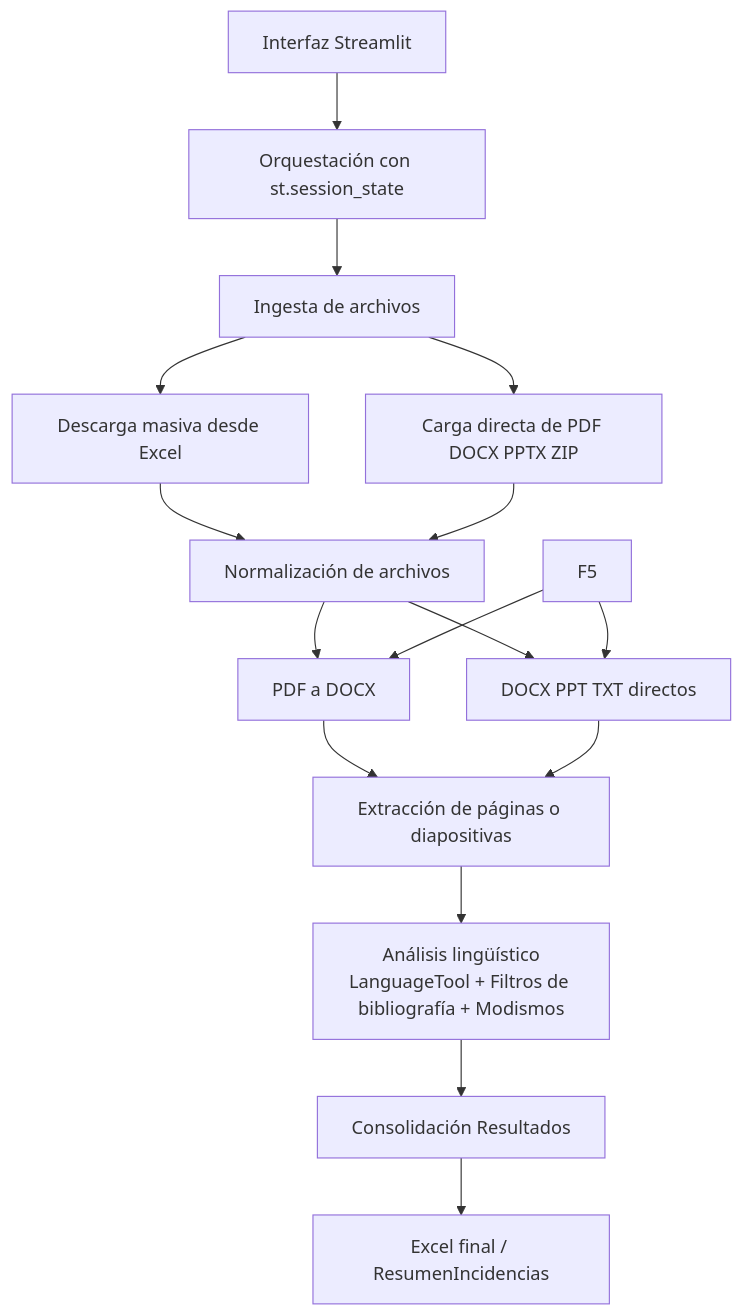
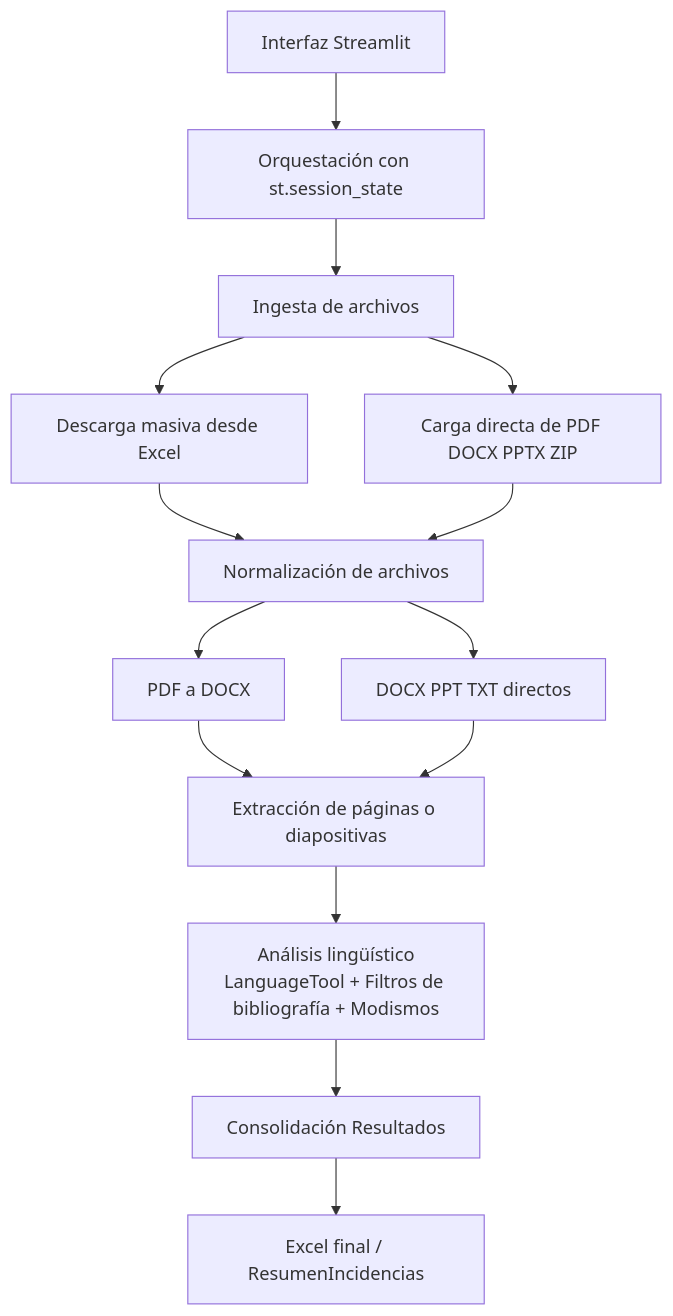
Before and after one commit to joseluisantunezcondezo/UTP_GrammarScan: the diagram in README.md, drawn with Mermaid.

Commit message:
README.md

````diff
--- a/README.md
+++ b/README.md
@@ -140,19 +140,17 @@
 ```mermaid
 flowchart TD
     A[Interfaz Streamlit] --> B[Orquestación con st.session_state]
     B --> C[Ingesta de archivos]
     C --> D1[Descarga masiva desde Excel]
     C --> D2[Carga directa de PDF DOCX PPTX ZIP]
     D1 --> E[Normalización de archivos]
     D2 --> E
     E --> F1[PDF a DOCX]
     E --> F2[DOCX PPT TXT  directos]
-    F5 --> F1
-    F5 --> F2
     F1 --> G[Extracción de páginas o diapositivas]
     F2 --> G
     G --> H[Análisis lingüístico
 LanguageTool + Filtros de bibliografía + Modismos]
     H --> I[Consolidación Resultados]
     I --> J[Excel final / ResumenIncidencias]
 ```
````
